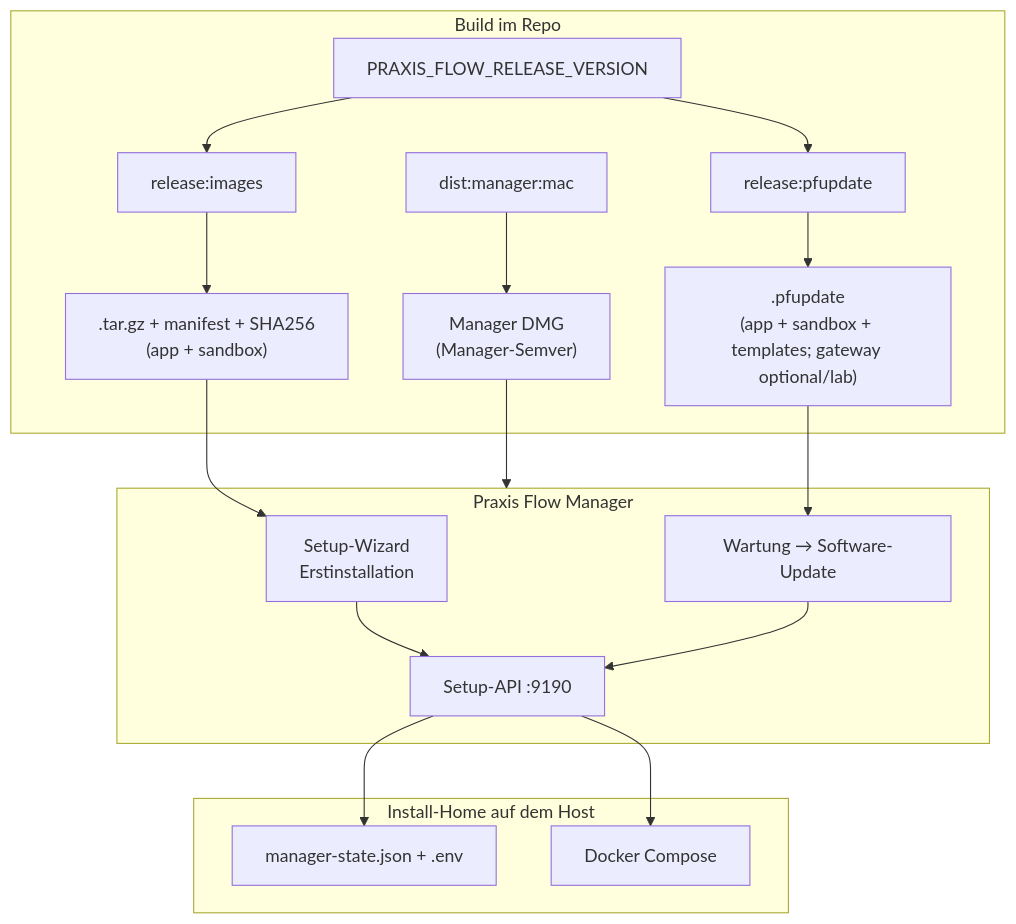
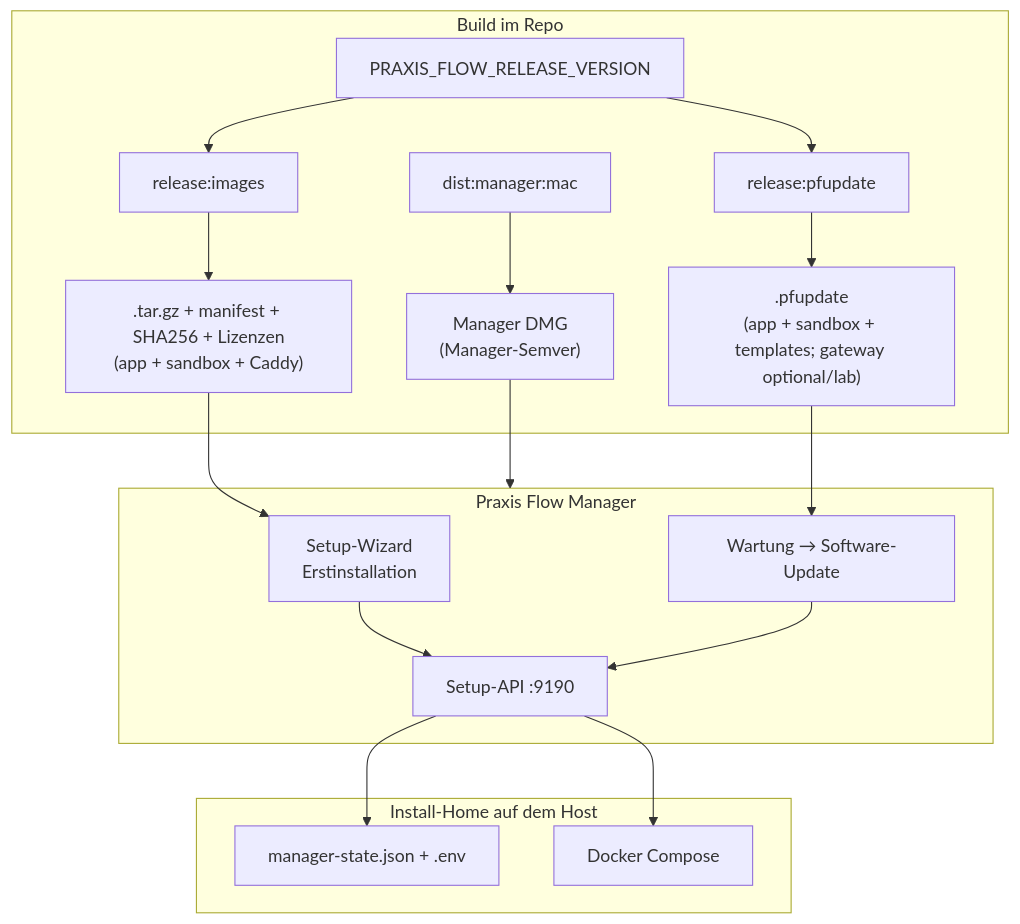
One commit to nox-do/wartezimmer changed the diagram in docs/delivery.md. Above: the diagram before and after it, drawn with Mermaid. The commit also changed other lines of this file and 16 other files, not shown here.

````diff
--- a/docs/delivery.md
+++ b/docs/delivery.md
@@ -13,33 +13,33 @@
 ```mermaid
 flowchart TB
   subgraph build [Build im Repo]
     RV["PRAXIS_FLOW_RELEASE_VERSION"]
     RI["release:images"]
     RP["release:pfupdate"]
     DM["dist:manager:mac"]
     RV --> RI
     RV --> RP
-    RI --> TAR[".tar.gz + manifest + SHA256<br/>(app + sandbox)"]
+    RI --> TAR[".tar.gz + manifest + SHA256 + Lizenzen<br/>(app + sandbox + Caddy)"]
     RP --> PFU[".pfupdate<br/>(app + sandbox + templates; gateway optional/lab)"]
     DM --> DMG["Manager DMG<br/>(Manager-Semver)"]
   end
 
   subgraph manager [Praxis Flow Manager]
     WIZ["Setup-Wizard<br/>Erstinstallation"]
     MAINT["Wartung → Software-Update"]
     API["Setup-API :9190"]
     WIZ --> API
     MAINT --> API
   end
 
   subgraph host [Install-Home auf dem Host]
     STATE["manager-state.json + .env"]
     DOCKER["Docker Compose"]
   end
 
   TAR --> WIZ
   PFU --> MAINT
   DMG --> manager
   API --> STATE
   API --> DOCKER
 ```
````
